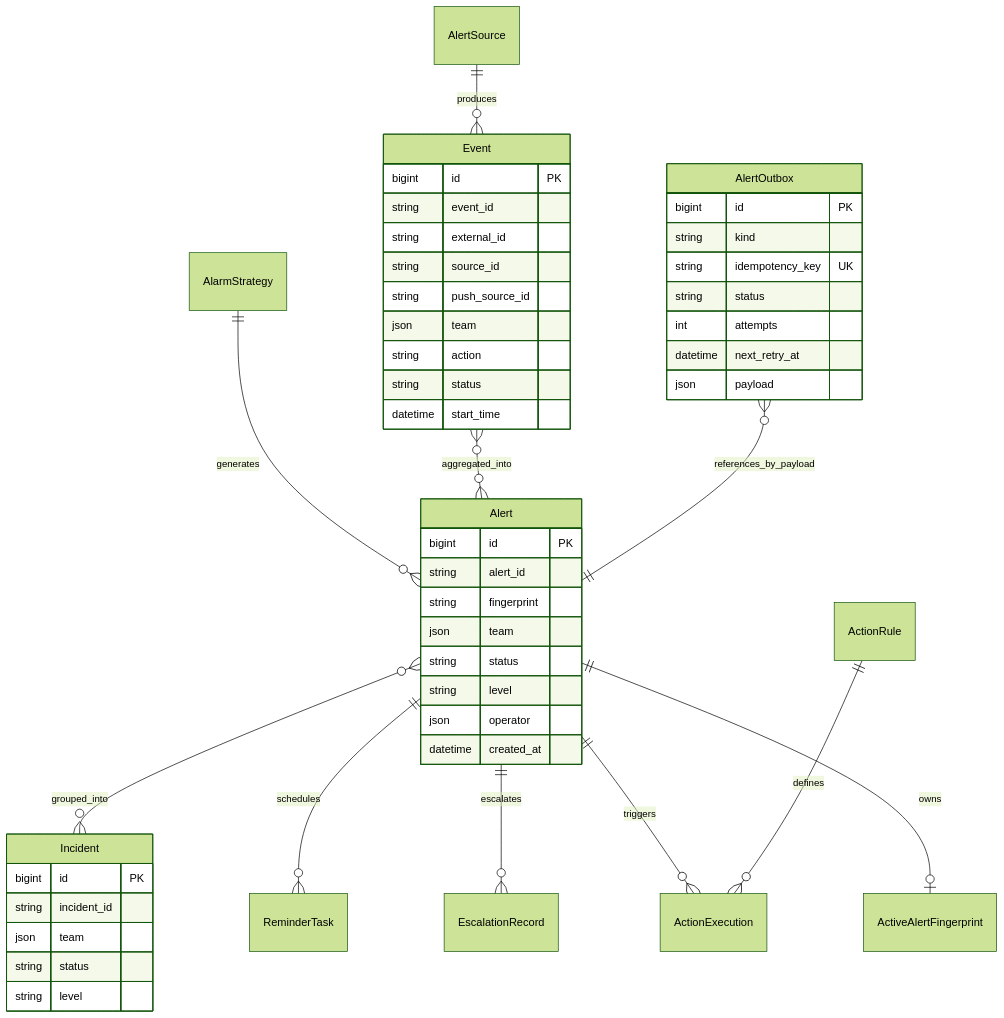
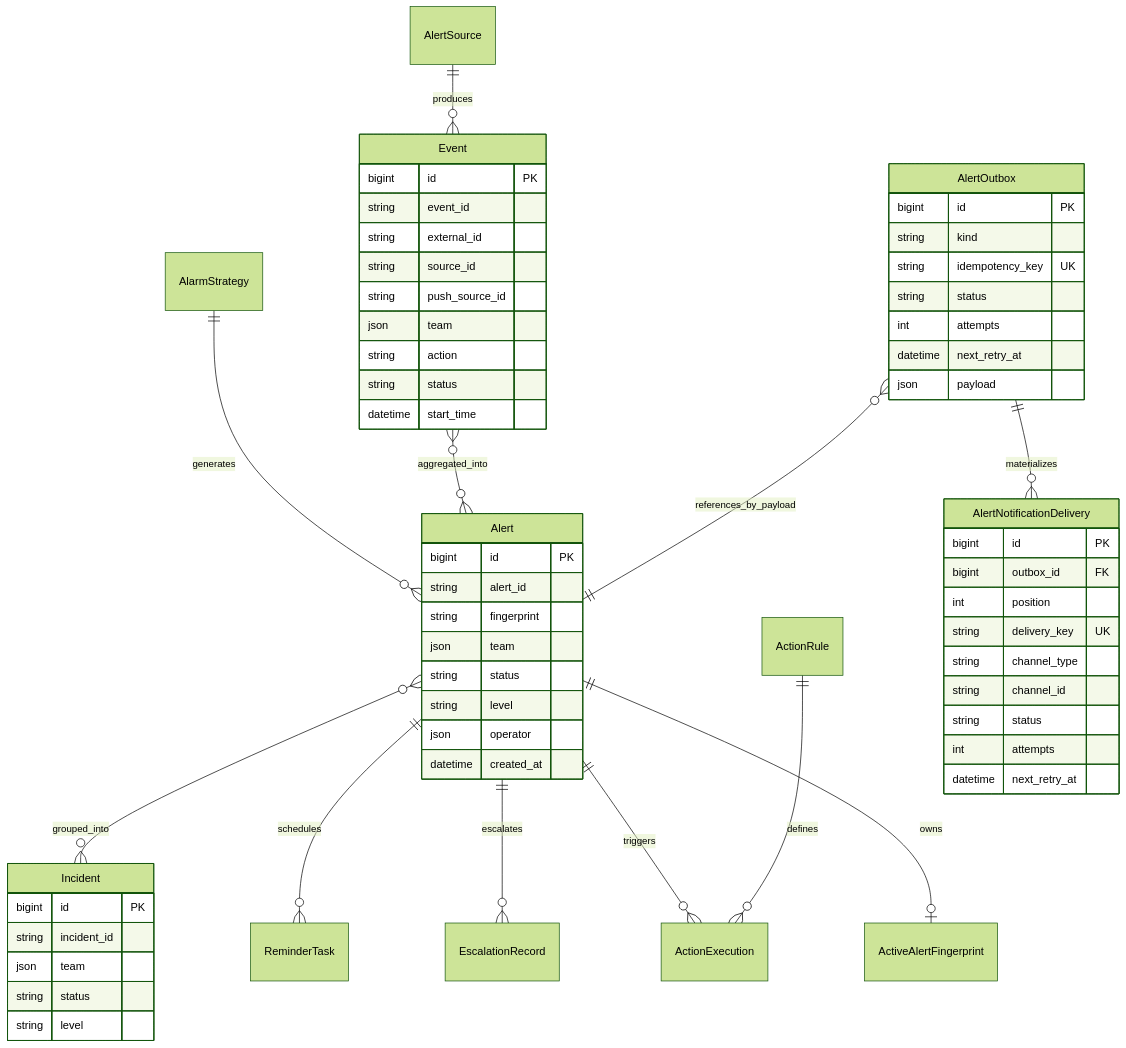
The third of 11 diagrams in server/apps/alerts/ARCHITECTURE.md (TencentBlueKing/bk-lite), drawn with Mermaid (forest theme) before and after one commit. The commit also changed other lines of this file and 10 other files, not shown here.

````diff
--- a/server/apps/alerts/ARCHITECTURE.md
+++ b/server/apps/alerts/ARCHITECTURE.md
@@ -157,54 +157,67 @@
 ```mermaid
 erDiagram
     AlertSource ||--o{ Event : produces
     AlarmStrategy ||--o{ Alert : generates
     Event }o--o{ Alert : aggregated_into
     Alert }o--o{ Incident : grouped_into
     Alert ||--o{ ReminderTask : schedules
     Alert ||--o{ EscalationRecord : escalates
     Alert ||--o{ ActionExecution : triggers
     ActionRule ||--o{ ActionExecution : defines
     Alert ||--o| ActiveAlertFingerprint : owns
     AlertOutbox }o--|| Alert : references_by_payload
+    AlertOutbox ||--o{ AlertNotificationDelivery : materializes
 
     Event {
         bigint id PK
         string event_id
         string external_id
         string source_id
         string push_source_id
         json team
         string action
         string status
         datetime start_time
     }
 
     Alert {
         bigint id PK
         string alert_id
         string fingerprint
         json team
         string status
         string level
         json operator
         datetime created_at
     }
 
     Incident {
         bigint id PK
         string incident_id
         json team
         string status
         string level
     }
 
     AlertOutbox {
         bigint id PK
         string kind
         string idempotency_key UK
         string status
         int attempts
         datetime next_retry_at
         json payload
     }
+
+    AlertNotificationDelivery {
+        bigint id PK
+        bigint outbox_id FK
+        int position
+        string delivery_key UK
+        string channel_type
+        string channel_id
+        string status
+        int attempts
+        datetime next_retry_at
+    }
 ```
````
